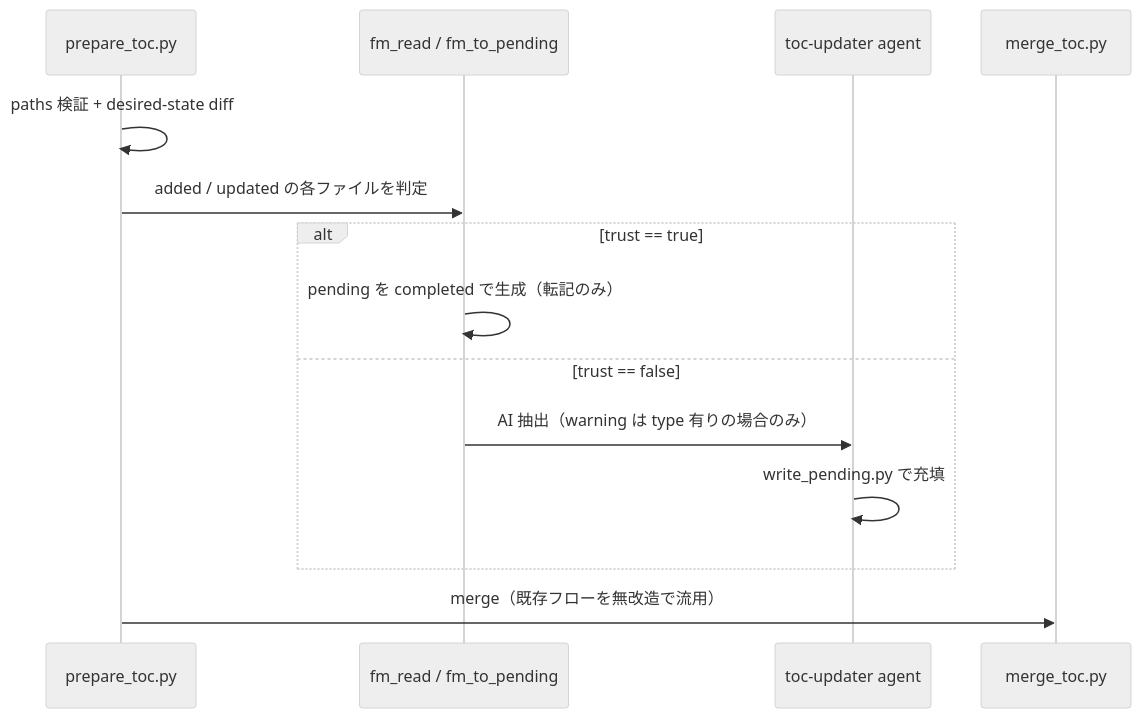
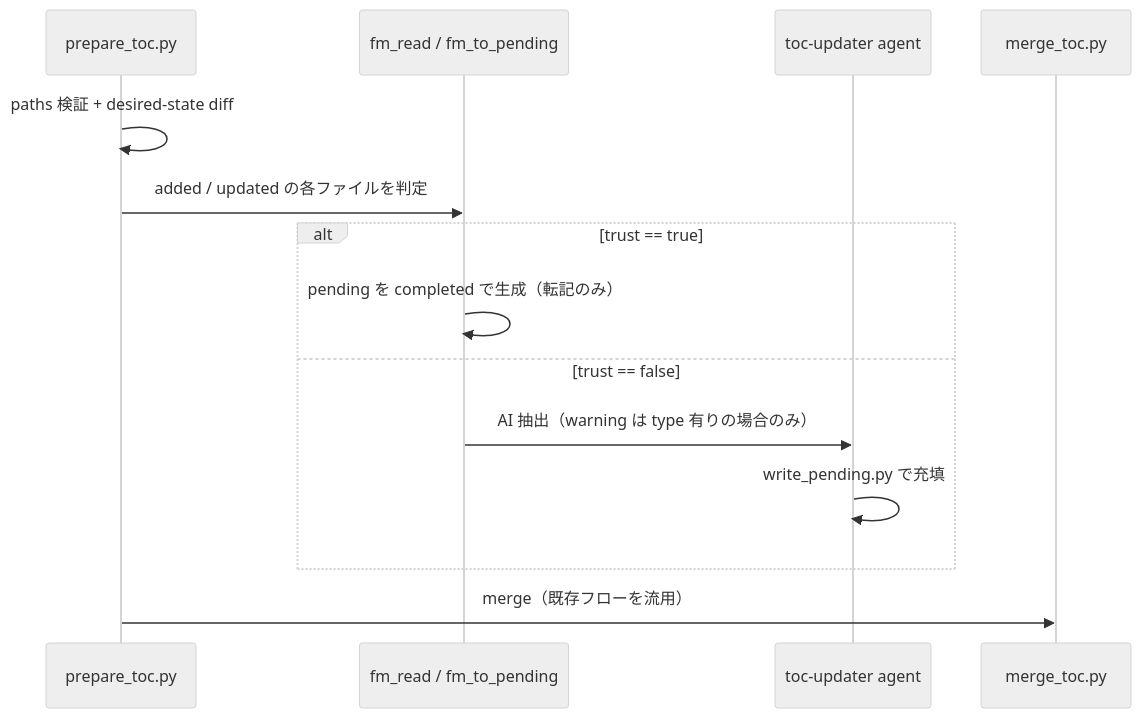
The second of 2 diagrams in docs/specs/frontmatter/design/DES-008_frontmatter_metadata.md (BlueEventHorizon/DocAdvisor-CC), drawn with Mermaid (neutral theme) before and after one commit. The commit also changed other lines of this file and 2 other files, not shown here.

````diff
--- a/docs/specs/frontmatter/design/DES-008_frontmatter_metadata.md
+++ b/docs/specs/frontmatter/design/DES-008_frontmatter_metadata.md
@@ -335,17 +346,17 @@
 ```mermaid
 sequenceDiagram
     participant Prep as prepare_toc.py
     participant FM as fm_read / fm_to_pending
     participant Agent as toc-updater agent
     participant Merge as merge_toc.py
 
     Prep->>Prep: paths 検証 + desired-state diff
     Prep->>FM: added / updated の各ファイルを判定
     alt trust == true
         FM->>FM: pending を completed で生成（転記のみ）
     else trust == false
         FM->>Agent: AI 抽出（warning は type 有りの場合のみ）
         Agent->>Agent: write_pending.py で充填
     end
-    Prep->>Merge: merge（既存フローを無改造で流用）
+    Prep->>Merge: merge（既存フローを流用）
 ```
````
